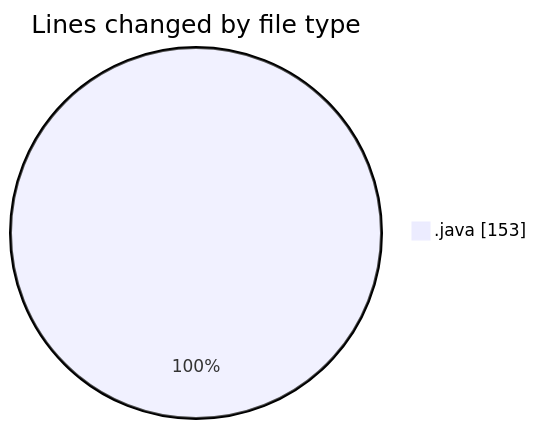
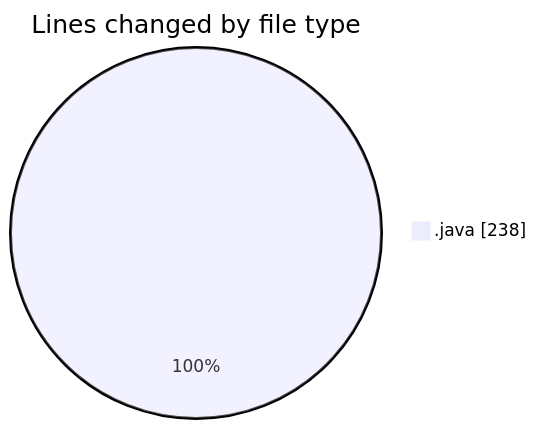
Before and after one commit to hasnaa123/code-tracking: the first of 2 diagrams in 2026-10-25/taskforge/README.md, drawn with Mermaid. The commit also changed other lines of this file and 1 other file, not shown here.

````diff
--- a/2026-10-25/taskforge/README.md
+++ b/2026-10-25/taskforge/README.md
@@ -21,5 +22,5 @@
 ```mermaid
 pie showData
 title Lines changed by file type
-".java" : 153
+".java" : 238
 ```
````
